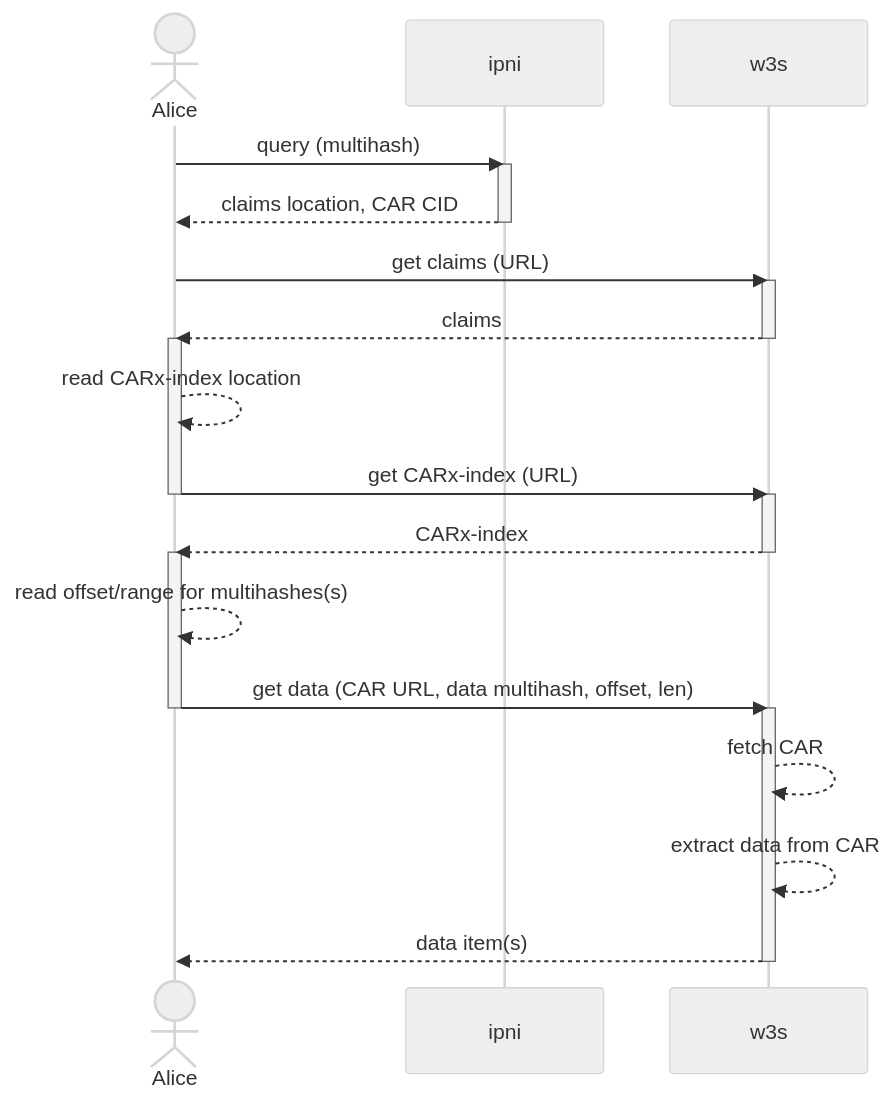
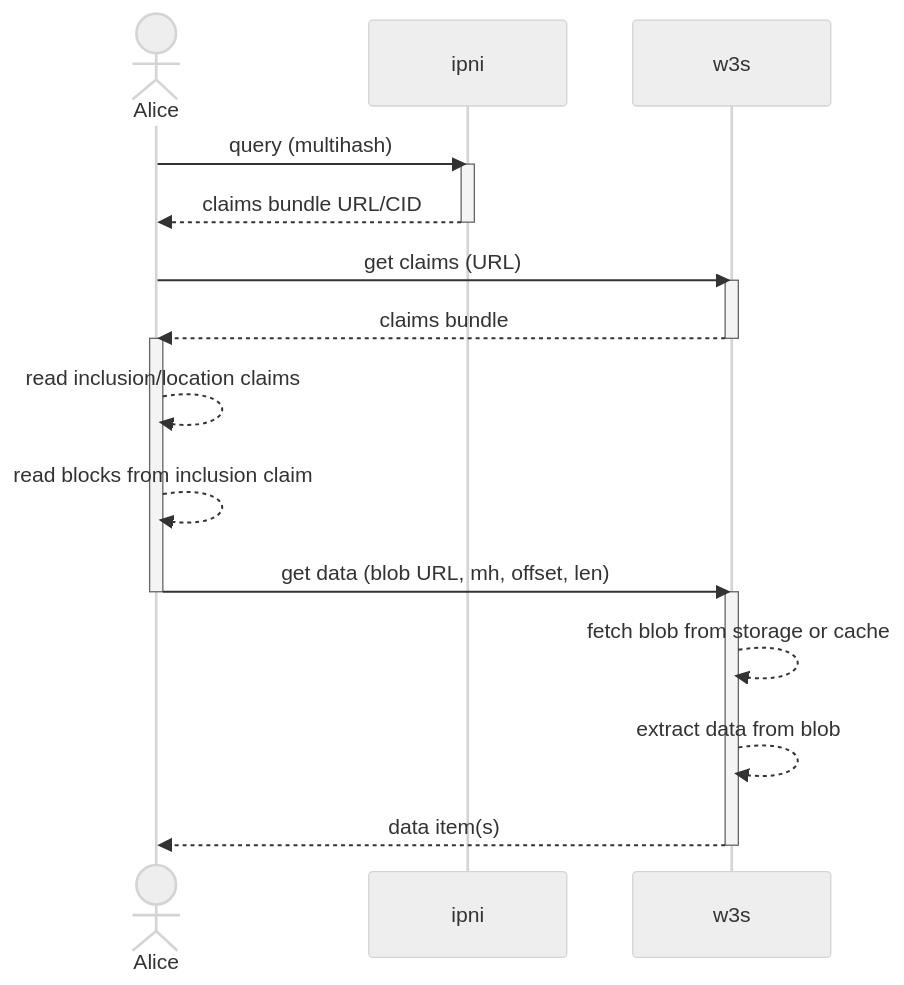
Before and after one commit to storacha/RFC: the second of 2 diagrams in rfc/ipni-w3c.md, drawn with Mermaid (neutral theme). The commit also changed other lines of this file, not shown here.

````diff
--- a/rfc/ipni-w3c.md
+++ b/rfc/ipni-w3c.md
@@ -323,28 +328,22 @@
 ```mermaid
 sequenceDiagram
     actor Alice
     Alice->>ipni: query (multihash)
     activate ipni
-    ipni-->>Alice: claims location, CAR CID
+    ipni-->>Alice: claims bundle URL/CID
     deactivate ipni
     Alice->>w3s: get claims (URL)
     activate w3s
-    w3s-->>Alice: claims
+    w3s-->>Alice: claims bundle
     deactivate w3s
     activate Alice
-    Alice-->>Alice: read CARx-index location
-    Alice->>w3s: get CARx-index (URL)
+    Alice-->>Alice: read inclusion/location claims
+    Alice-->>Alice: read blocks from inclusion claim
+    Alice->>w3s: get data (blob URL, mh, offset, len)
     deactivate Alice
     activate w3s
-    w3s-->>Alice: CARx-index
-    deactivate w3s
-    activate Alice
-    Alice-->>Alice: read offset/range for multihashes(s)
-    Alice->>w3s: get data (CAR URL, data multihash, offset, len)
-    deactivate Alice
-    activate w3s
-    w3s-->>w3s: fetch CAR
-    w3s-->>w3s: extract data from CAR
+    w3s-->>w3s: fetch blob from storage or cache
+    w3s-->>w3s: extract data from blob
     w3s-->>Alice: data item(s)
     deactivate w3s
 ```
````
